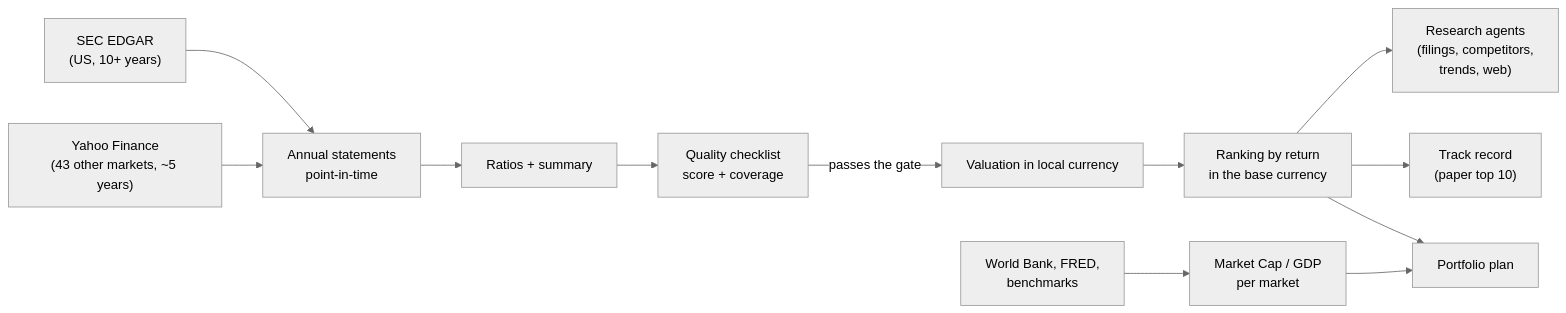
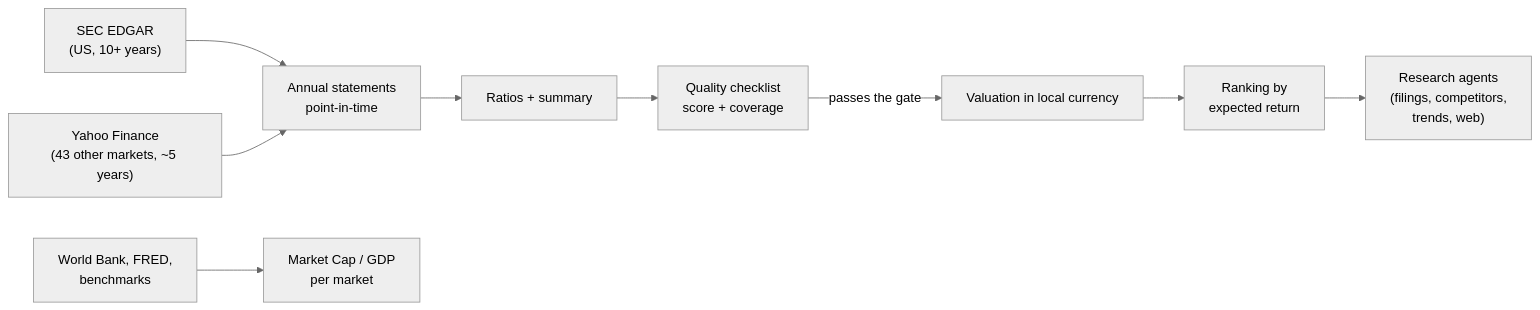
The diagram in docs/01-overview.md (Jkovv/value_investor), drawn with Mermaid (neutral theme) before and after one commit. The commit also changed other lines of this file and 28 other files, not shown here.

Commit message:
drop portfolio, track record and pln

````diff
--- a/docs/01-overview.md
+++ b/docs/01-overview.md
@@ -12,14 +12,11 @@
 ```mermaid
 flowchart LR
     A["SEC EDGAR<br/>(US, 10+ years)"] --> C["Annual statements<br/>point-in-time"]
     B["Yahoo Finance<br/>(43 other markets, ~5 years)"] --> C
     C --> D["Ratios + summary"]
     D --> E["Quality checklist<br/>score + coverage"]
     E -->|passes the gate| F["Valuation in local currency"]
-    F --> G["Ranking by return<br/>in the base currency"]
+    F --> G["Ranking by<br/>expected return"]
     G --> H["Research agents<br/>(filings, competitors,<br/>trends, web)"]
-    G --> K["Track record<br/>(paper top 10)"]
-    G --> L["Portfolio plan"]
     I["World Bank, FRED,<br/>benchmarks"] --> J["Market Cap / GDP<br/>per market"]
-    J --> L
 ```
````
